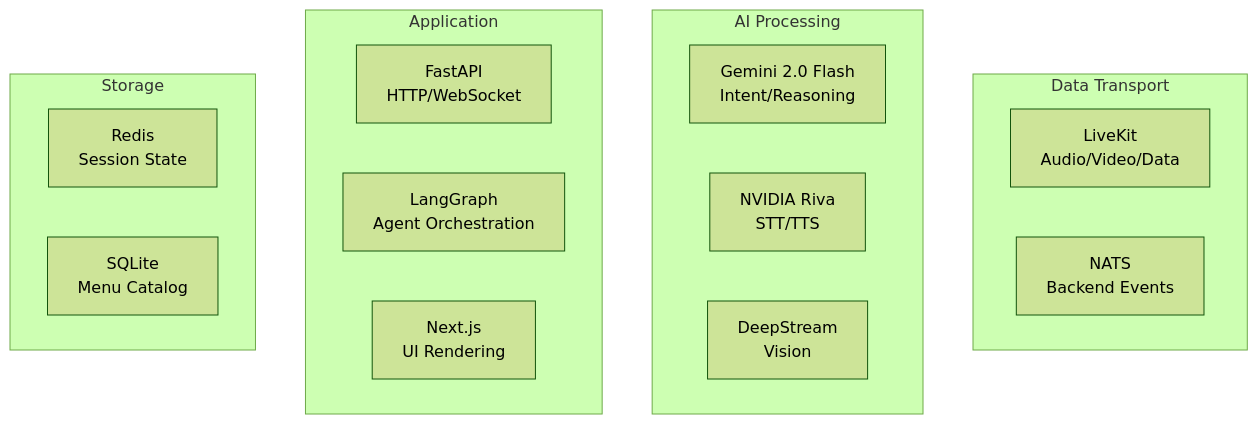
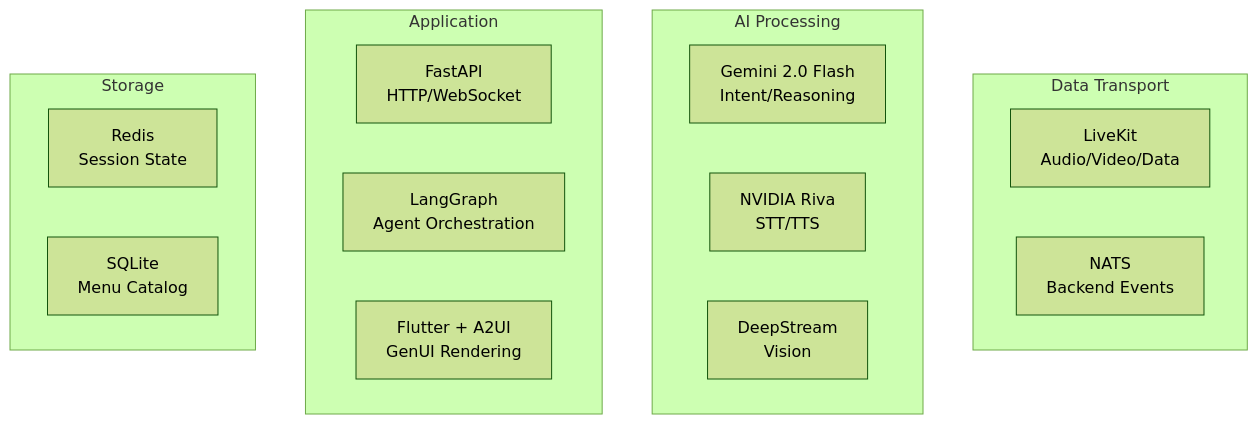
The diagram in doc/02_tech_stack_selection.md (smohantty/kiosk), drawn with Mermaid (forest theme) before and after one commit. The commit also changed other lines of this file and 3 other files, not shown here.

````diff
--- a/doc/02_tech_stack_selection.md
+++ b/doc/02_tech_stack_selection.md
@@ -337,24 +357,24 @@
 ```mermaid
 graph TB
     subgraph "Data Transport"
         LiveKit[LiveKit<br/>Audio/Video/Data]
         NATS[NATS<br/>Backend Events]
     end
     
     subgraph "AI Processing"
         Gemini[Gemini 2.0 Flash<br/>Intent/Reasoning]
         Riva[NVIDIA Riva<br/>STT/TTS]
         DeepStream[DeepStream<br/>Vision]
     end
     
     subgraph "Application"
         FastAPI[FastAPI<br/>HTTP/WebSocket]
         LangGraph[LangGraph<br/>Agent Orchestration]
-        NextJS[Next.js<br/>UI Rendering]
+        Flutter[Flutter + A2UI<br/>GenUI Rendering]
     end
     
     subgraph "Storage"
         Redis[Redis<br/>Session State]
         SQLite[SQLite<br/>Menu Catalog]
     end
 ```
````
